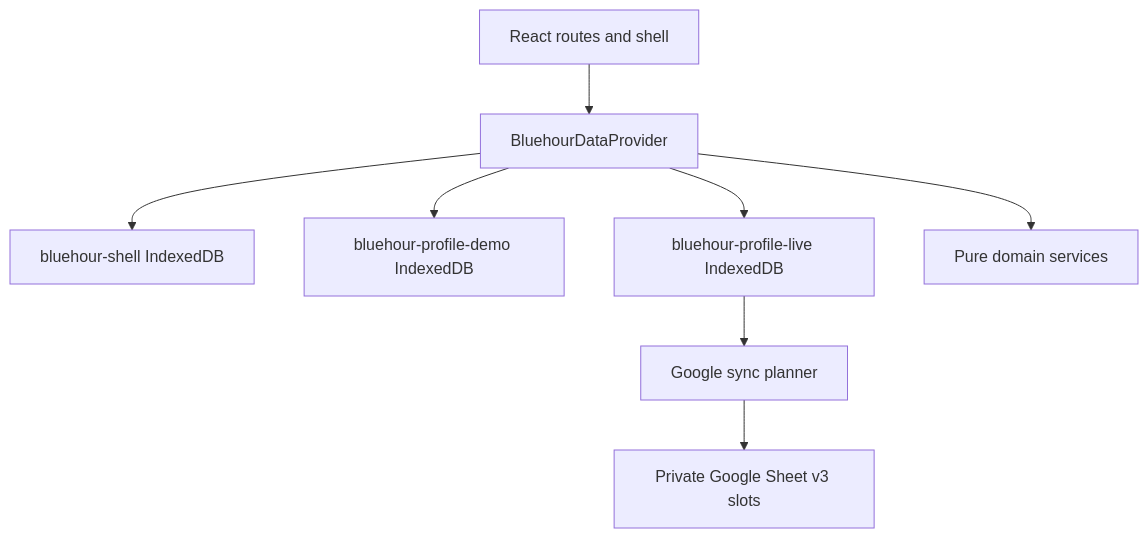
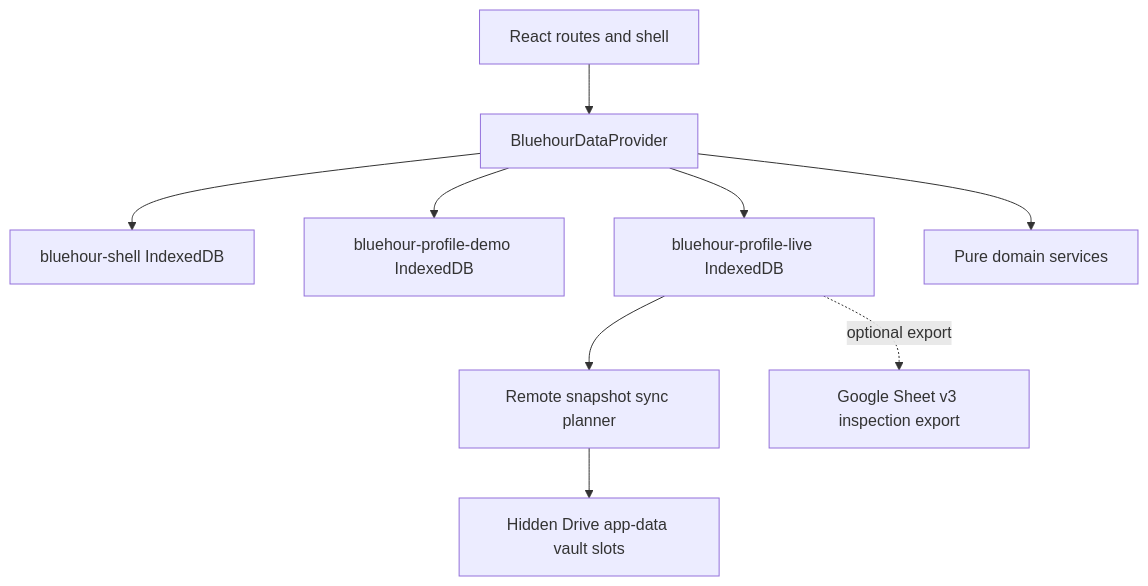
Before and after one commit to datojulien/bluehour: the diagram in docs/ARCHITECTURE.md, drawn with Mermaid. The commit also changed other lines of this file and 28 other files, not shown here.

Commit message:
New sync system, Google OAuth

````diff
--- a/docs/ARCHITECTURE.md
+++ b/docs/ARCHITECTURE.md
@@ -5,10 +5,11 @@
 ```mermaid
 flowchart TD
   UI[React routes and shell] --> Provider[BluehourDataProvider]
   Provider --> ShellDB[bluehour-shell IndexedDB]
   Provider --> DemoDB[bluehour-profile-demo IndexedDB]
   Provider --> LiveDB[bluehour-profile-live IndexedDB]
-  LiveDB --> Sync[Google sync planner]
-  Sync --> Sheets[Private Google Sheet v3 slots]
+  LiveDB --> Sync[Remote snapshot sync planner]
+  Sync --> Drive[Hidden Drive app-data vault slots]
+  LiveDB -. optional export .-> Sheets[Google Sheet v3 inspection export]
   Provider --> Domain[Pure domain services]
 ```
````
